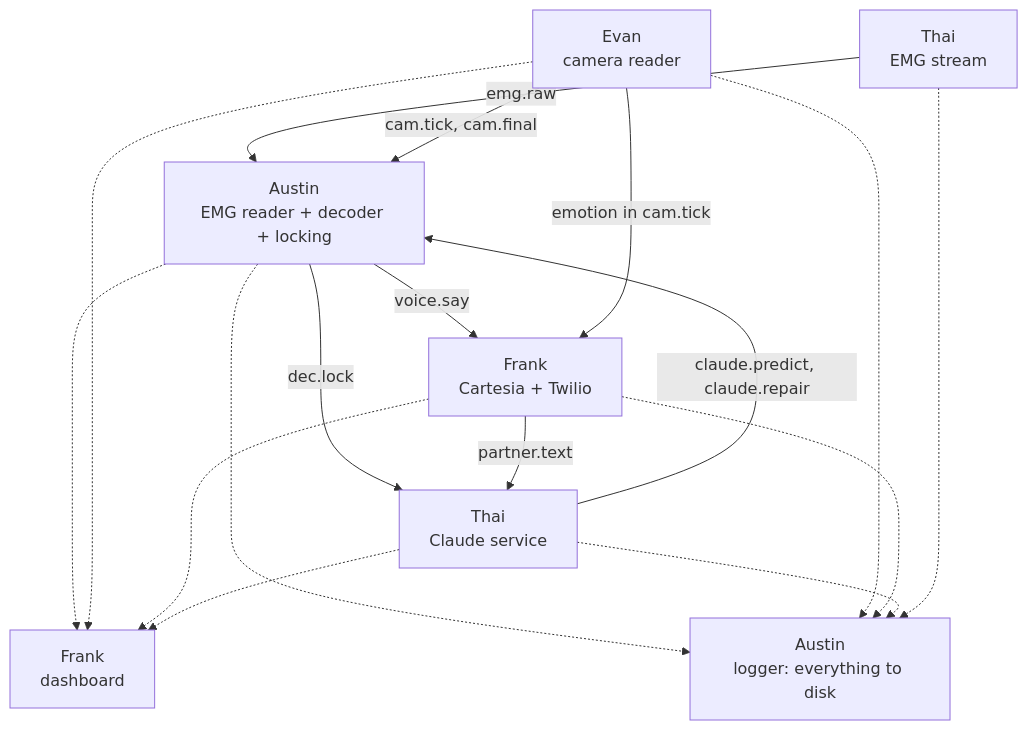
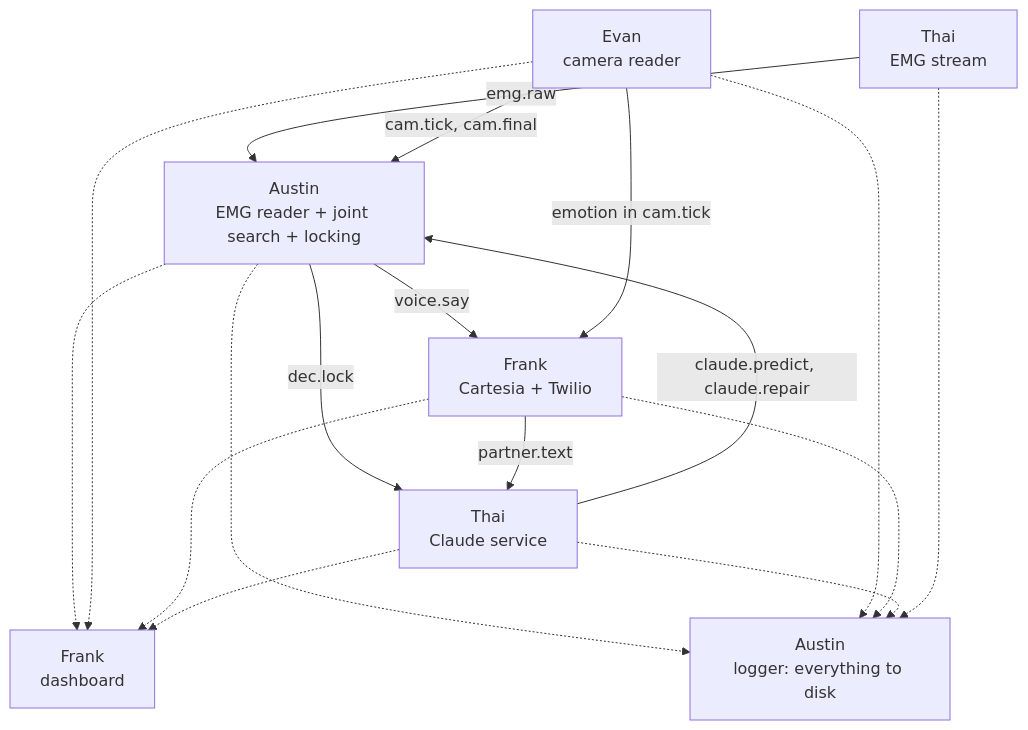
The diagram in docs/TEAM_TASKS_AND_INTERFACES.md (thaimtl/Reclaim), drawn with Mermaid before and after one commit. The commit also changed other lines of this file and 18 other files, not shown here.

````diff
--- a/docs/TEAM_TASKS_AND_INTERFACES.md
+++ b/docs/TEAM_TASKS_AND_INTERFACES.md
@@ -82,12 +82,12 @@
 ```mermaid
 flowchart TD
-    T["Thai<br/>EMG stream"] -- "emg.raw" --> A["Austin<br/>EMG reader + decoder + locking"]
+    T["Thai<br/>EMG stream"] -- "emg.raw" --> A["Austin<br/>EMG reader + joint search + locking"]
     E["Evan<br/>camera reader"] -- "cam.tick, cam.final" --> A
     A -- "dec.lock" --> C["Thai<br/>Claude service"]
     C -- "claude.predict, claude.repair" --> A
     F["Frank<br/>Cartesia + Twilio"] -- "partner.text" --> C
     A -- "voice.say" --> F
     E -- "emotion in cam.tick" --> F
     A & E & F & C -.-> D["Frank<br/>dashboard"]
     A & E & F & C & T -.-> L["Austin<br/>logger: everything to disk"]
 ```
````
